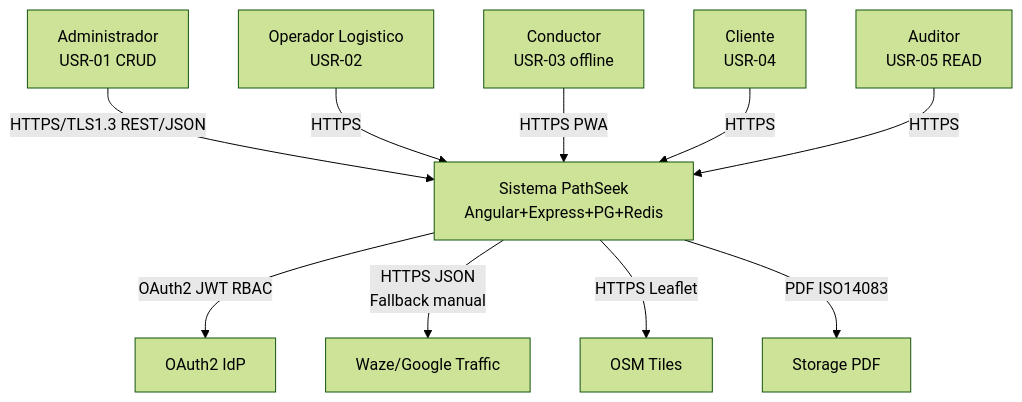
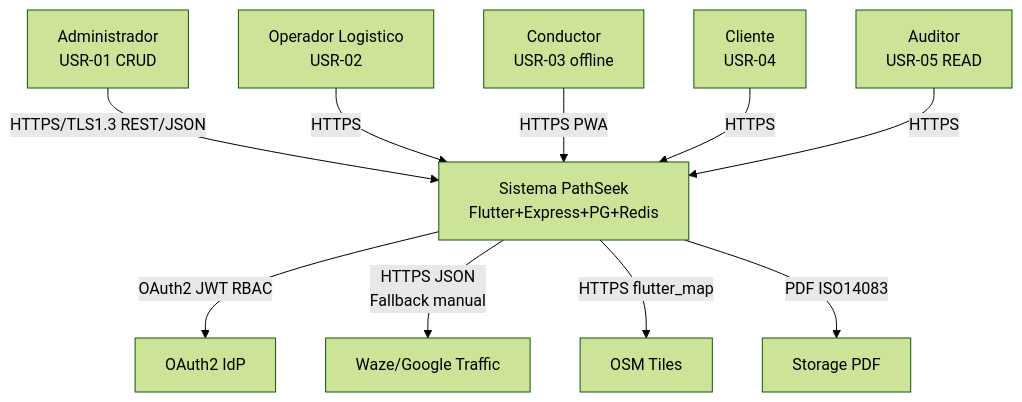
Before and after one commit to UmbraFlare-code/PathSeek: the seventh of 7 diagrams in docs/01 Inicio/12. Modelo C4 V_1_1_0.md, drawn with Mermaid (forest theme). The commit also changed other lines of this file and 8 other files, not shown here.

First line of the commit message:
docs: cambiar stack frontend de Angular a Flutter (Dart)

````diff
--- a/docs/01 Inicio/12. Modelo C4 V_1_1_0.md
+++ b/docs/01 Inicio/12. Modelo C4 V_1_1_0.md
@@ -319,12 +319,12 @@
 ```mermaid
 graph TD
-    Admin["Administrador<br/>USR-01 CRUD"] -->|"HTTPS/TLS1.3 REST/JSON"| PathSeek["Sistema PathSeek<br/>Angular+Express+PG+Redis"]
+    Admin["Administrador<br/>USR-01 CRUD"] -->|"HTTPS/TLS1.3 REST/JSON"| PathSeek["Sistema PathSeek<br/>Flutter+Express+PG+Redis"]
     Operador["Operador Logistico<br/>USR-02"] -->|"HTTPS"| PathSeek
     Conductor["Conductor<br/>USR-03 offline"] -->|"HTTPS PWA"| PathSeek
     Cliente["Cliente<br/>USR-04"] -->|"HTTPS"| PathSeek
     Auditor["Auditor<br/>USR-05 READ"] -->|"HTTPS"| PathSeek
     PathSeek -->|"OAuth2 JWT RBAC"| OAuth["OAuth2 IdP"]
     PathSeek -->|"HTTPS JSON<br/>Fallback manual"| Traffic["Waze/Google Traffic"]
-    PathSeek -->|"HTTPS Leaflet"| OSM["OSM Tiles"]
+    PathSeek -->|"HTTPS flutter_map"| OSM["OSM Tiles"]
     PathSeek -->|"PDF ISO14083"| Report["Storage PDF"]
 ```
````
